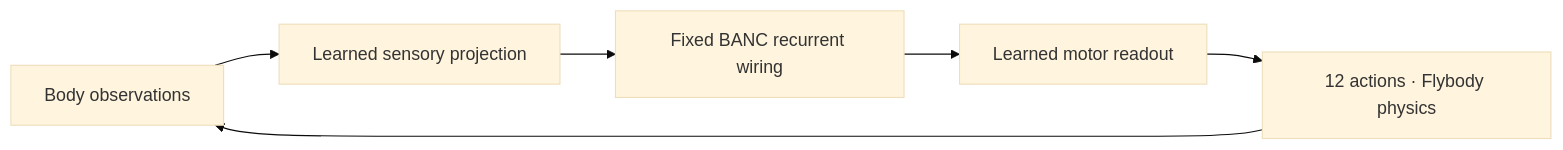
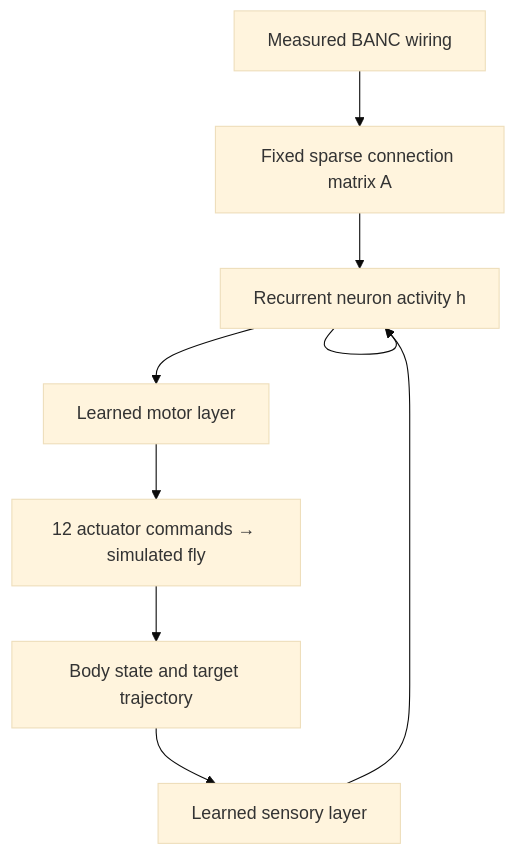
One commit to zozo123/fly-fruit-fly changed the diagram in README.md. Above: the diagram before and after it, drawn with Mermaid (base theme). The commit also changed other lines of this file and 3 other files, not shown here.

Commit message:
Explain connectome learning visually and validate student checkpoint graph identity

````diff
--- a/README.md
+++ b/README.md
@@ -50,8 +9,11 @@
 ```mermaid
-flowchart LR
-    O["Body observations"] --> S["Learned sensory projection"]
-    S --> C["Fixed BANC recurrent wiring"]
-    C --> M["Learned motor readout"]
-    M --> P["12 actions · Flybody physics"]
-    P --> O
+flowchart TD
+    D["Measured BANC wiring"] --> A["Fixed sparse connection matrix A"]
+    O["Body state and target trajectory"] --> S["Learned sensory layer"]
+    S --> H["Recurrent neuron activity h"]
+    A --> H
+    H --> H
+    H --> M["Learned motor layer"]
+    M --> F["12 actuator commands → simulated fly"]
+    F --> O
 ```
````
